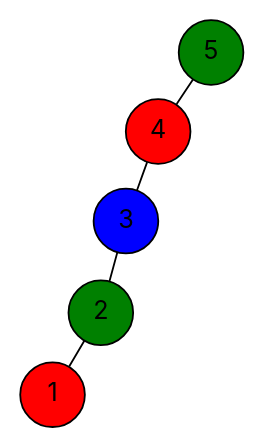
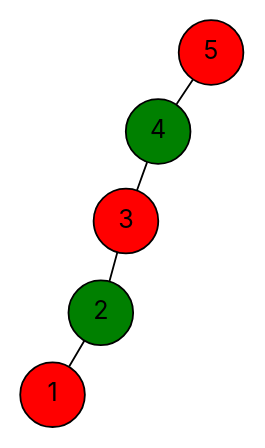
The diagram in data/final-dots/easy-01-parallel.dot (vercah/vertex-coloring), drawn with Graphviz before and after one commit. The commit also changed 92 other files, not shown here.

```diff
--- a/data/final-dots/easy-01-parallel.dot
+++ b/data/final-dots/easy-01-parallel.dot
@@ -1,15 +1,15 @@
 graph G {
   layout=neato;
   overlap=false;
   splines=true;
   node [shape=circle, style=filled, fontname=Inter];
   1 [label="1", fillcolor="red", tooltip="v1 color 0"];
   2 [label="2", fillcolor="green", tooltip="v2 color 1"];
-  3 [label="3", fillcolor="blue", tooltip="v3 color 2"];
-  4 [label="4", fillcolor="red", tooltip="v4 color 0"];
-  5 [label="5", fillcolor="green", tooltip="v5 color 1"];
+  3 [label="3", fillcolor="red", tooltip="v3 color 0"];
+  4 [label="4", fillcolor="green", tooltip="v4 color 1"];
+  5 [label="5", fillcolor="red", tooltip="v5 color 0"];
   1 -- 2;
   2 -- 3;
   3 -- 4;
   4 -- 5;
 }
```
